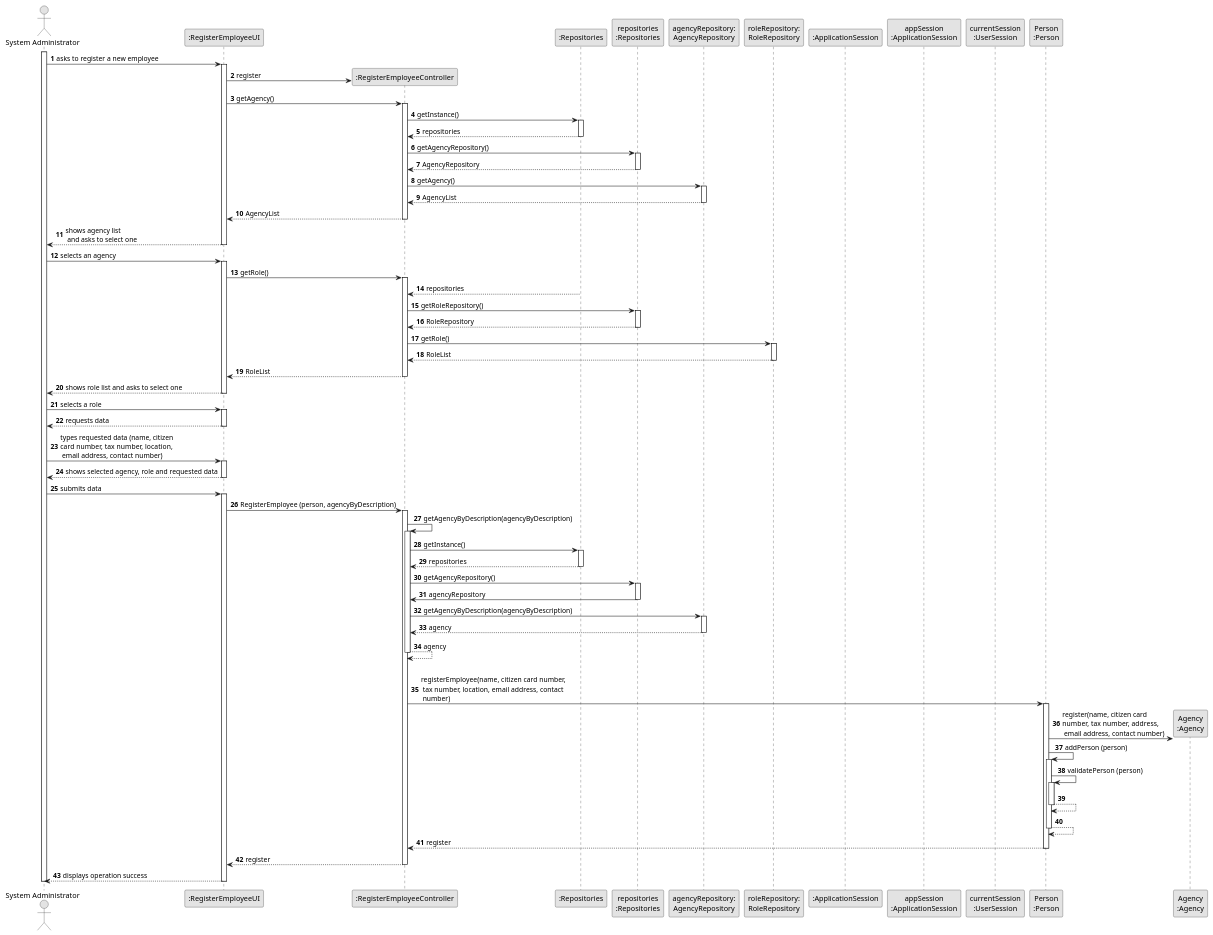
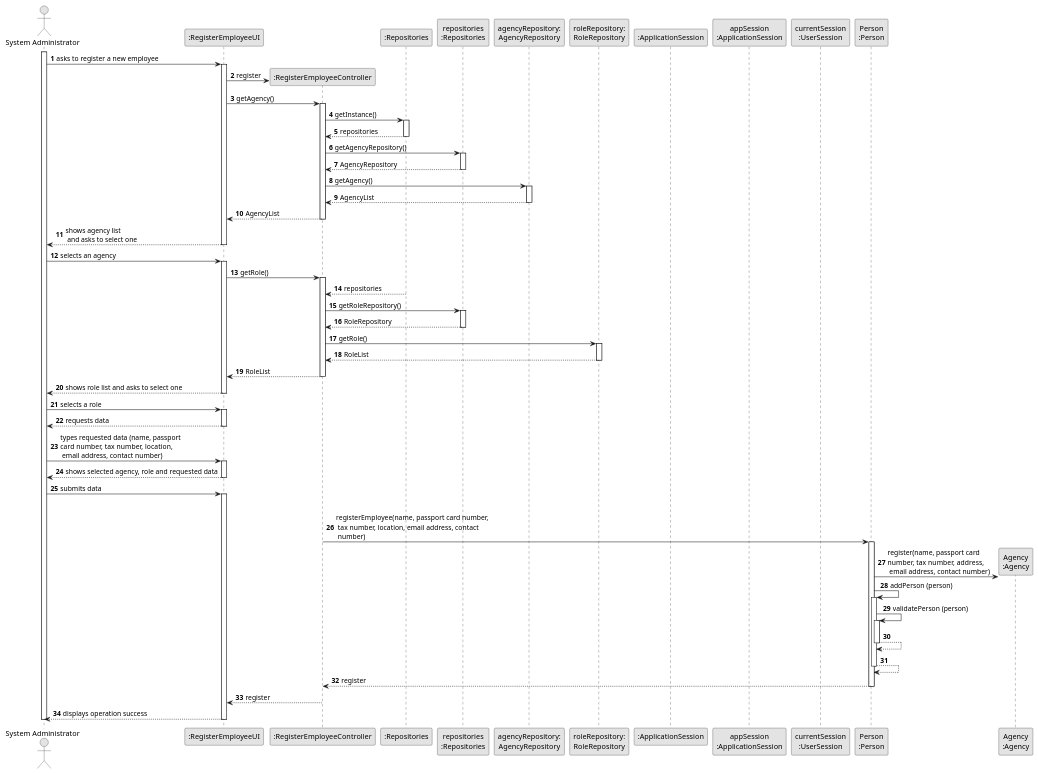
Before and after one commit to rita-barbosa/LAPR2-2223: the diagram in docs/sprintB/us003/03.design/puml/us003-sequence-diagram-full.puml, drawn with PlantUML.

Commit message:
Update SD [US03][Design]

```diff
--- a/docs/sprintB/us003/03.design/puml/us003-sequence-diagram-full.puml
+++ b/docs/sprintB/us003/03.design/puml/us003-sequence-diagram-full.puml
@@ -1,158 +1,132 @@
 @startuml
 skinparam monochrome true
 skinparam packageStyle rectangle
 skinparam shadowing false
 
 autonumber
 
 'hide footbox
 actor "System Administrator" as ADM
 participant ":RegisterEmployeeUI" as UI
 participant ":RegisterEmployeeController" as CTRL
 participant ":Repositories" as RepositorySingleton
 participant "repositories\n:Repositories" as PLAT
 participant "agencyRepository:\nAgencyRepository" as AgencyRepository
 participant "roleRepository:\nRoleRepository" as RoleRepository
 participant ":ApplicationSession" as _APP
 participant "appSession\n:ApplicationSession" as APP
 participant "currentSession\n:UserSession" as SESSAO
 participant "Person\n:Person" as PERSON
 participant "Agency\n:Agency" as AGENCY
 
 activate ADM
 
         ADM -> UI : asks to register a new employee
 
         activate UI
 
 '            UI --> ADM : requests data (name, citizen card number, tax number, address, email)
             'create CTRL
             UI -> CTRL** : register
 
             UI -> CTRL : getAgency()
             activate CTRL
 
                 CTRL -> RepositorySingleton : getInstance()
                 activate RepositorySingleton
 
                     RepositorySingleton --> CTRL: repositories
                 deactivate RepositorySingleton
 
                 CTRL -> PLAT : getAgencyRepository()
                 activate PLAT
 
                     PLAT --> CTRL: AgencyRepository
                 deactivate PLAT
 
                 CTRL -> AgencyRepository : getAgency()
                 activate AgencyRepository
 
                     AgencyRepository --> CTRL : AgencyList
                 deactivate AgencyRepository
 
                 CTRL --> UI : AgencyList
             deactivate CTRL
 
             UI --> ADM : shows agency list\n and asks to select one
         deactivate UI
 
 
              ADM -> UI : selects an agency
              activate UI
 
 UI -> CTRL : getRole()
             activate CTRL
 
 
 
                     RepositorySingleton --> CTRL: repositories
                 deactivate RepositorySingleton
 
                 CTRL -> PLAT : getRoleRepository()
                 activate PLAT
 
                     PLAT --> CTRL: RoleRepository
                 deactivate PLAT
 
                 CTRL -> RoleRepository : getRole()
                 activate RoleRepository
 
                     RoleRepository --> CTRL : RoleList
                 deactivate RoleRepository
 
                 CTRL --> UI : RoleList
             deactivate CTRL
 
             UI --> ADM : shows role list and asks to select one
         deactivate UI
 
     ADM -> UI : selects a role
     activate UI
 
         UI --> ADM : requests data
     deactivate UI
 
-    ADM -> UI : types requested data (name, citizen \ncard number, tax number, location,\n email address, contact number)
+    ADM -> UI : types requested data (name, passport \ncard number, tax number, location,\n email address, contact number)
     activate UI
 
         UI --> ADM : shows selected agency, role and requested data
     deactivate UI
 
     ADM -> UI : submits data
     activate UI
 
-        UI -> CTRL : RegisterEmployee (person, agencyByDescription)
-        activate CTRL
-
-            CTRL -> CTRL : getAgencyByDescription(agencyByDescription)
-            activate CTRL
-
-                CTRL -> RepositorySingleton : getInstance()
-                activate RepositorySingleton
-
-                    RepositorySingleton --> CTRL: repositories
-                deactivate RepositorySingleton
-
-                CTRL -> PLAT : getAgencyRepository()
-                activate PLAT
-
-                    PLAT -> CTRL : agencyRepository
-                deactivate PLAT
-
-                CTRL -> AgencyRepository : getAgencyByDescription(agencyByDescription)
-                activate AgencyRepository
-
-                    AgencyRepository --> CTRL : agency
-                deactivate AgencyRepository
-                    CTRL --> CTRL : agency
-            deactivate CTRL
-
             |||
-            CTRL -> PERSON: registerEmployee(name, citizen card number,\n tax number, location, email address, contact\n number)
+            CTRL -> PERSON: registerEmployee(name, passport card number,\n tax number, location, email address, contact\n number)
             activate PERSON
 
-                PERSON -> AGENCY**: register(name, citizen card \nnumber, tax number, address,\n email address, contact number)
+                PERSON -> AGENCY**: register(name, passport card \nnumber, tax number, address,\n email address, contact number)
                 PERSON -> PERSON: addPerson (person)
 
 
                 activate PERSON
                     PERSON -> PERSON: validatePerson (person)
                     activate PERSON
                         PERSON --> PERSON
                     deactivate PERSON
 
                     PERSON --> PERSON
                 deactivate PERSON
 
                 PERSON --> CTRL : register
 
             deactivate PERSON
 
             CTRL --> UI: register
             deactivate CTRL
             UI --> ADM: displays operation success
     deactivate UI
 
 deactivate ADM
 
 @enduml
```
